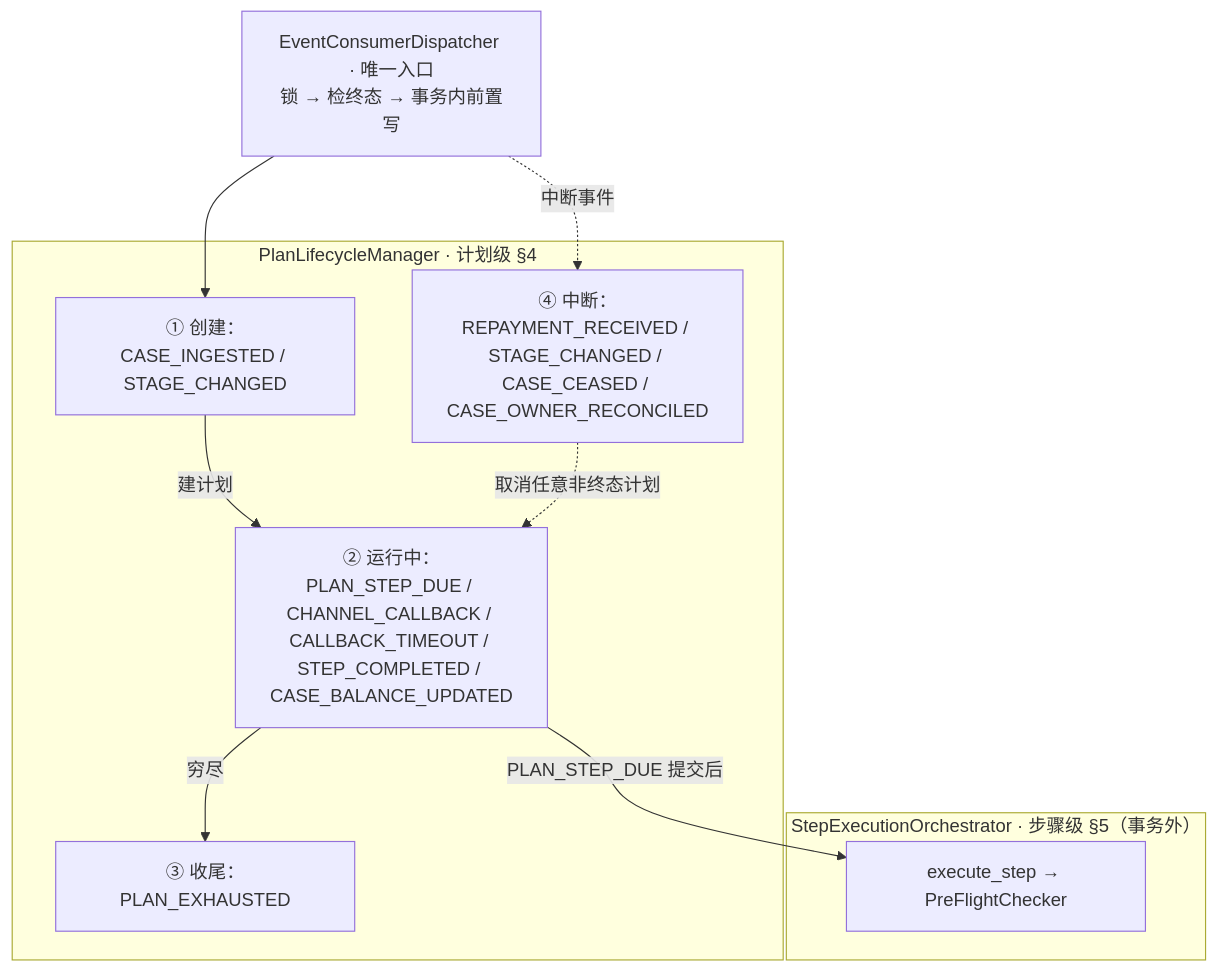
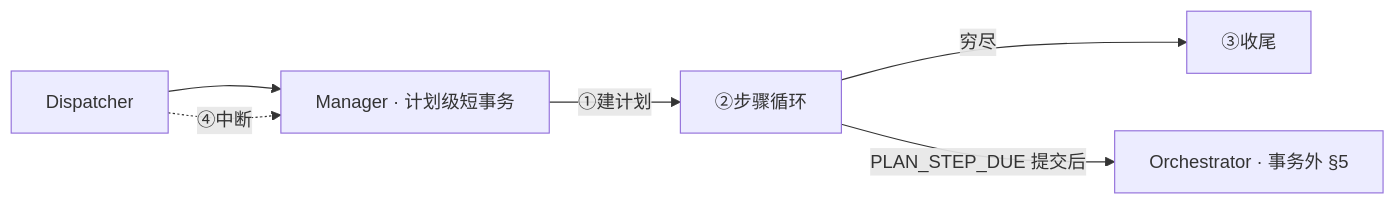
Before and after one commit to katherineliu2102/Intelligent-Collection-V1: the second of 6 diagrams in docs/MOCASA催收系统升级_Phase1_核心引擎规格.md, drawn with Mermaid. The commit also changed other lines of this file and 41 other files, not shown here.

````diff
--- a/docs/MOCASA催收系统升级_Phase1_核心引擎规格.md
+++ b/docs/MOCASA催收系统升级_Phase1_核心引擎规格.md
@@ -130,22 +120,8 @@
 ```mermaid
-flowchart TB
-    D["EventConsumerDispatcher · 唯一入口<br/>锁 → 检终态 → 事务内前置写"]
-
-    subgraph plan["PlanLifecycleManager · 计划级 §4"]
-        P1["① 创建：CASE_INGESTED / STAGE_CHANGED"]
-        P3["② 运行中：PLAN_STEP_DUE / CHANNEL_CALLBACK / CALLBACK_TIMEOUT / STEP_COMPLETED / CASE_BALANCE_UPDATED"]
-        P4["③ 收尾：PLAN_EXHAUSTED"]
-        P2["④ 中断：REPAYMENT_RECEIVED / STAGE_CHANGED / CASE_CEASED / CASE_OWNER_RECONCILED"]
-    end
-
-    subgraph step["StepExecutionOrchestrator · 步骤级 §5（事务外）"]
-        O["execute_step → PreFlightChecker"]
-    end
-
-    D --> P1
-    P1 -->|"建计划"| P3
-    P3 -->|"穷尽"| P4
-    P3 -->|"PLAN_STEP_DUE 提交后"| O
-    D -. "中断事件" .-> P2
-    P2 -. "取消任意非终态计划" .-> P3
+flowchart LR
+    D["Dispatcher"] --> M["Manager · 计划级短事务"]
+    M -->|"①建计划"| L["②步骤循环"]
+    L -->|"穷尽"| E["③收尾"]
+    D -.->|"④中断"| M
+    L -->|"PLAN_STEP_DUE 提交后"| O["Orchestrator · 事务外 §5"]
 ```
````
